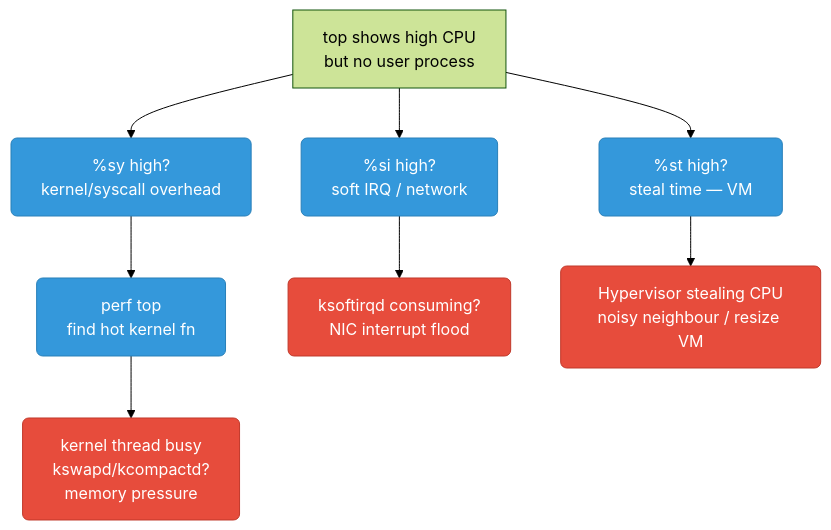
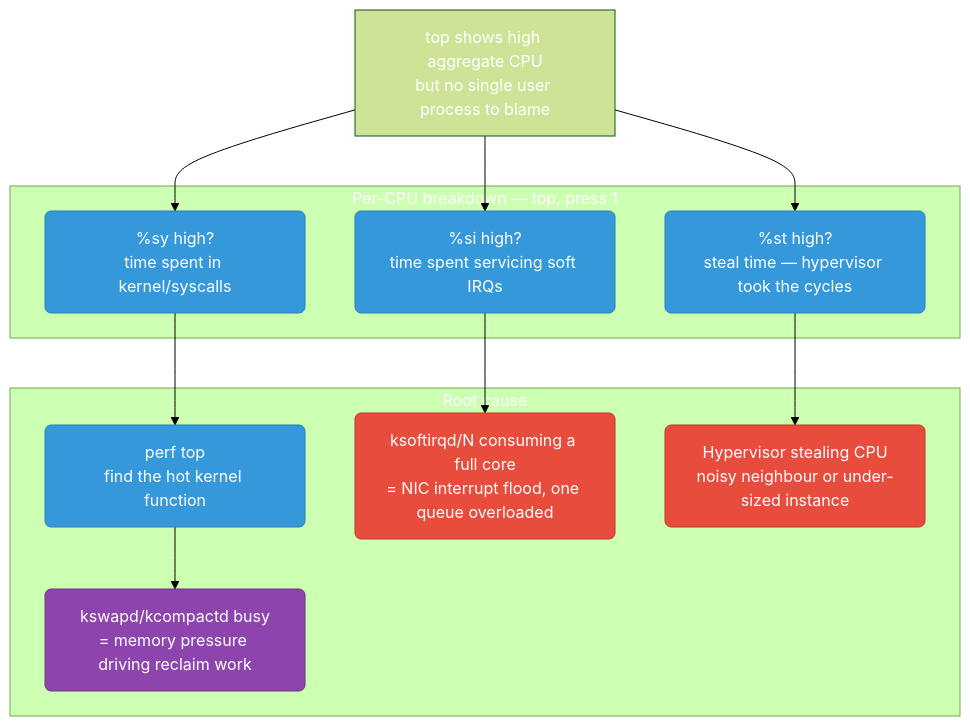
One commit to deepanshu-rawat6/DevOpsIndex changed the first of 10 diagrams in sre/linux-debugging.md. Above: the diagram before and after it, drawn with Mermaid (forest theme). The commit also changed other lines of this file and 10 other files, not shown here.

````diff
--- a/sre/linux-debugging.md
+++ b/sre/linux-debugging.md
@@ -9,20 +16,27 @@
 ```mermaid
 graph TD
     classDef check fill:#3498db,stroke:#2980b9,color:#fff,rx:6
     classDef fix fill:#2ecc71,stroke:#27ae60,color:#fff,rx:6
     classDef warn fill:#e74c3c,stroke:#c0392b,color:#fff,rx:6
+    classDef root fill:#8e44ad,stroke:#6c3483,color:#fff,rx:6
 
-    START["top shows high CPU<br/>but no user process"]
-    SY["%sy high?<br/>kernel/syscall overhead"]:::check
-    SI["%si high?<br/>soft IRQ / network"]:::check
-    ST["%st high?<br/>steal time — VM"]:::check
-    PERF["perf top<br/>find hot kernel fn"]:::check
-    KSOFTIRQ["ksoftirqd consuming?<br/>NIC interrupt flood"]:::warn
-    STEAL["Hypervisor stealing CPU<br/>noisy neighbour / resize VM"]:::warn
-    KTHREAD["kernel thread busy<br/>kswapd/kcompactd?<br/>memory pressure"]:::warn
+    START["top shows high aggregate CPU<br/>but no single user process to blame"]
+
+    subgraph BREAKDOWN["Per-CPU breakdown — top, press 1"]
+        SY["%sy high?<br/>time spent in kernel/syscalls"]:::check
+        SI["%si high?<br/>time spent servicing soft IRQs"]:::check
+        ST["%st high?<br/>steal time — hypervisor took the cycles"]:::check
+    end
+
+    subgraph ROOTCAUSE["Root cause"]
+        PERF["perf top<br/>find the hot kernel function"]:::check
+        KSOFTIRQ["ksoftirqd/N consuming a full core<br/>= NIC interrupt flood, one queue overloaded"]:::warn
+        STEAL["Hypervisor stealing CPU<br/>noisy neighbour or under-sized instance"]:::warn
+        KTHREAD["kswapd/kcompactd busy<br/>= memory pressure driving reclaim work"]:::root
+    end
 
     START --> SY & SI & ST
     SY --> PERF --> KTHREAD
     SI --> KSOFTIRQ
     ST --> STEAL
 ```
````
